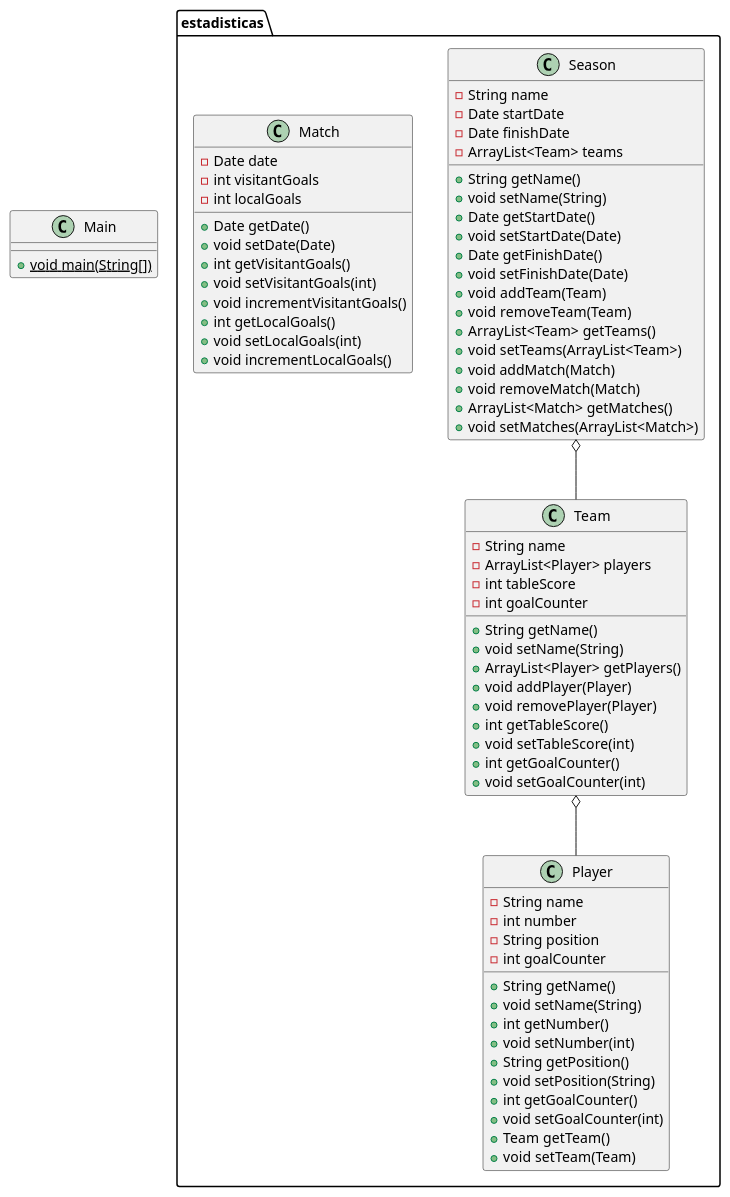
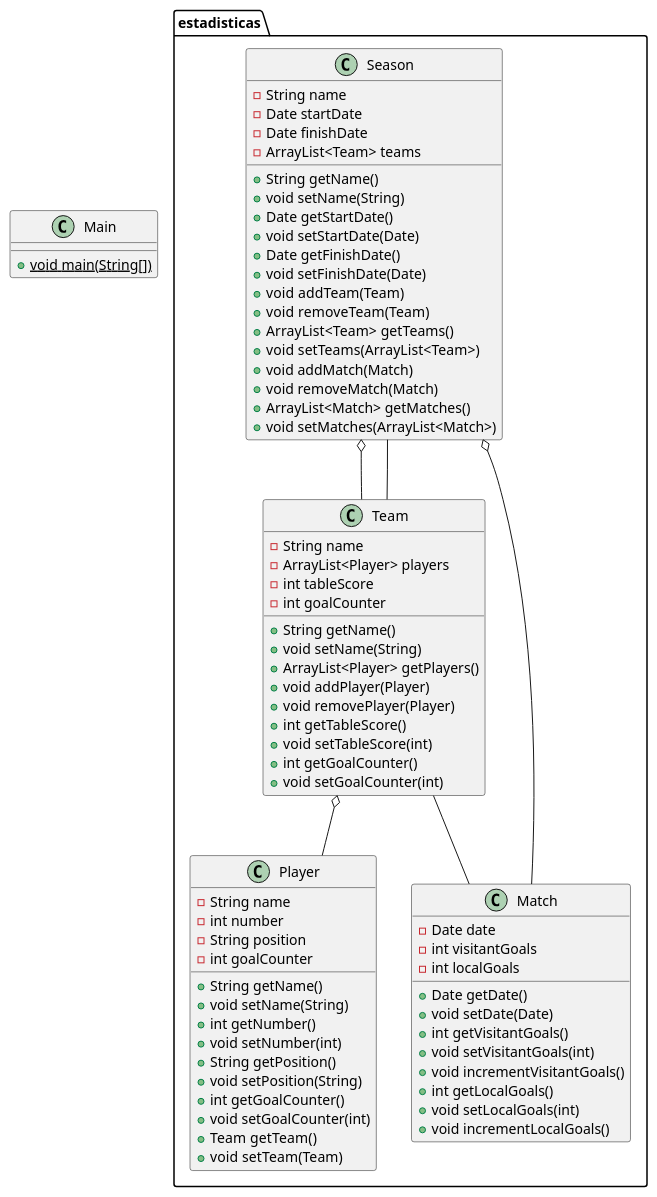
One commit to davidpaz0283/Final_David_Paz changed the diagram in Trabajo_Final_David_Paz/diagram.puml. Above: the diagram before and after it, drawn with PlantUML. The commit also changed 1 other file, not shown here.

Commit message:
feat: add player to team

```diff
--- a/Trabajo_Final_David_Paz/diagram.puml
+++ b/Trabajo_Final_David_Paz/diagram.puml
@@ -1,72 +1,76 @@
 @startuml
 class estadisticas.Season {
 - String name
 - Date startDate
 - Date finishDate
 - ArrayList<Team> teams
 + String getName()
 + void setName(String)
 + Date getStartDate()
 + void setStartDate(Date)
 + Date getFinishDate()
 + void setFinishDate(Date)
 + void addTeam(Team)
 + void removeTeam(Team)
 + ArrayList<Team> getTeams()
 + void setTeams(ArrayList<Team>)
 + void addMatch(Match)
 + void removeMatch(Match)
 + ArrayList<Match> getMatches()
 + void setMatches(ArrayList<Match>)
 }
 class estadisticas.Player {
 - String name
 - int number
 - String position
 - int goalCounter
 + String getName()
 + void setName(String)
 + int getNumber()
 + void setNumber(int)
 + String getPosition()
 + void setPosition(String)
 + int getGoalCounter()
 + void setGoalCounter(int)
 + Team getTeam()
 + void setTeam(Team)
 }
 class Main {
 + {static} void main(String[])
 }
 class estadisticas.Team {
 - String name
 - ArrayList<Player> players
 - int tableScore
 - int goalCounter
 + String getName()
 + void setName(String)
 + ArrayList<Player> getPlayers()
 + void addPlayer(Player)
 + void removePlayer(Player)
 + int getTableScore()
 + void setTableScore(int)
 + int getGoalCounter()
 + void setGoalCounter(int)
 }
 class estadisticas.Match {
 - Date date
 - int visitantGoals
 - int localGoals
 + Date getDate()
 + void setDate(Date)
 + int getVisitantGoals()
 + void setVisitantGoals(int)
 + void incrementVisitantGoals()
 + int getLocalGoals()
 + void setLocalGoals(int)
 + void incrementLocalGoals()
 }
 estadisticas.Team o-- estadisticas.Player
 estadisticas.Season o-- estadisticas.Team
 
+estadisticas.Team -- estadisticas.Match
+estadisticas.Match --o estadisticas.Season
+estadisticas.Team -- estadisticas.Season
+
 @enduml
```
